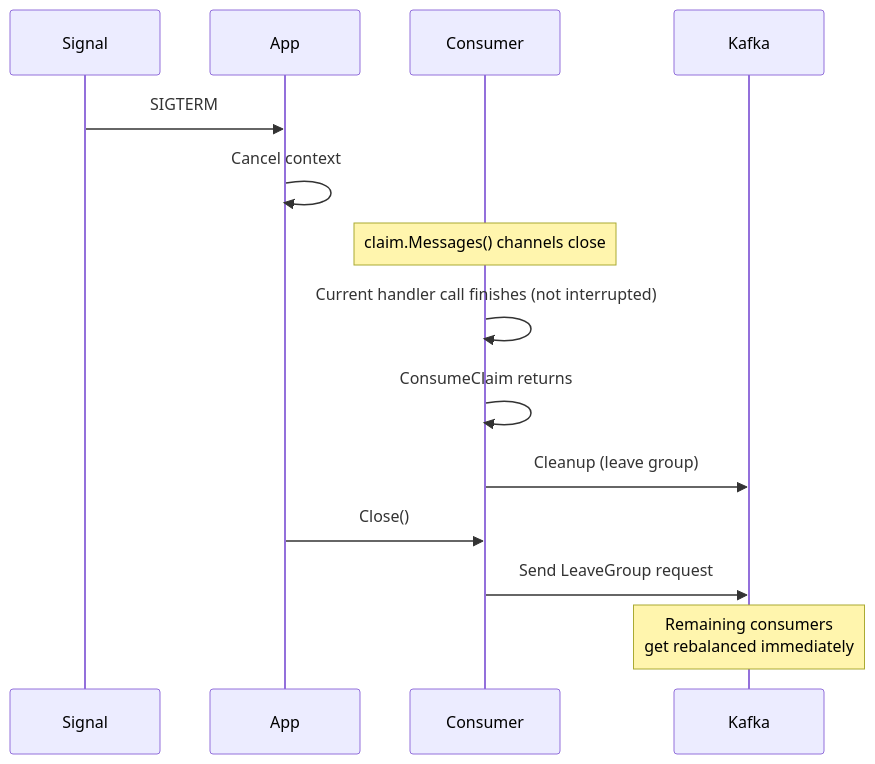
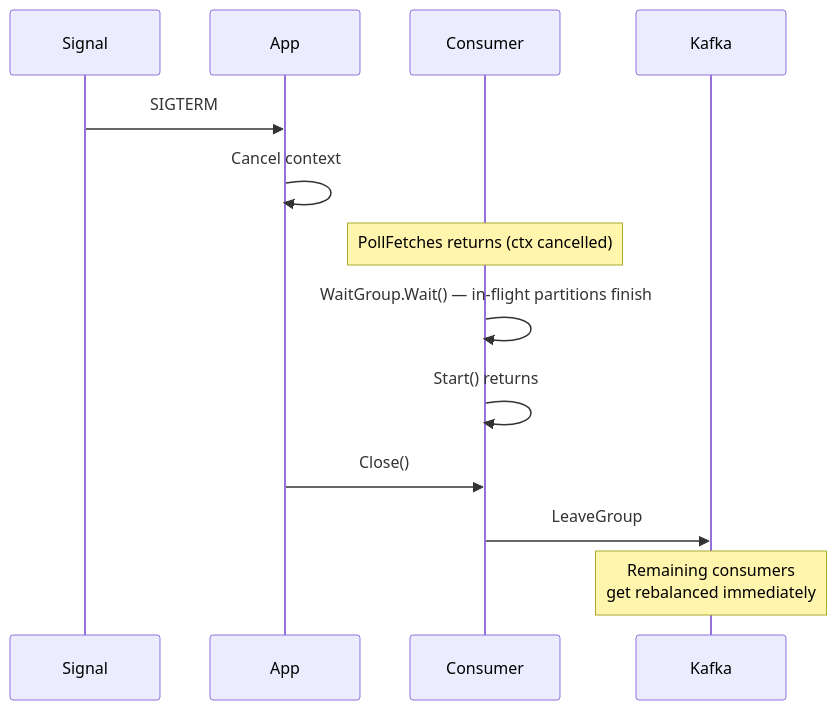
One commit to matmazurk/oidc-keepie changed the sixth of 11 diagrams in kafka/README.md. Above: the diagram before and after it, drawn with Mermaid. The commit also changed other lines of this file, not shown here.

Commit message:
update kafka readme

````diff
--- a/kafka/README.md
+++ b/kafka/README.md
@@ -162,17 +185,16 @@
 ```mermaid
 sequenceDiagram
     participant Signal
     participant App
     participant Consumer
     participant Kafka
 
     Signal->>App: SIGTERM
     App->>App: Cancel context
-    Note over Consumer: claim.Messages() channels close
-    Consumer->>Consumer: Current handler call finishes (not interrupted)
-    Consumer->>Consumer: ConsumeClaim returns
-    Consumer->>Kafka: Cleanup (leave group)
+    Note over Consumer: PollFetches returns (ctx cancelled)
+    Consumer->>Consumer: WaitGroup.Wait() — in-flight partitions finish
+    Consumer->>Consumer: Start() returns
     App->>Consumer: Close()
-    Consumer->>Kafka: Send LeaveGroup request
+    Consumer->>Kafka: LeaveGroup
     Note over Kafka: Remaining consumers<br/>get rebalanced immediately
 ```
````
